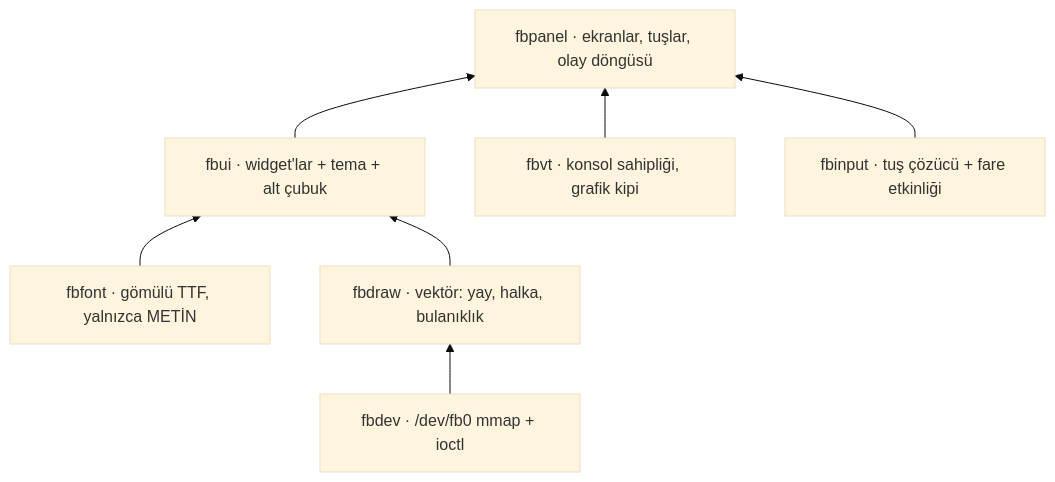
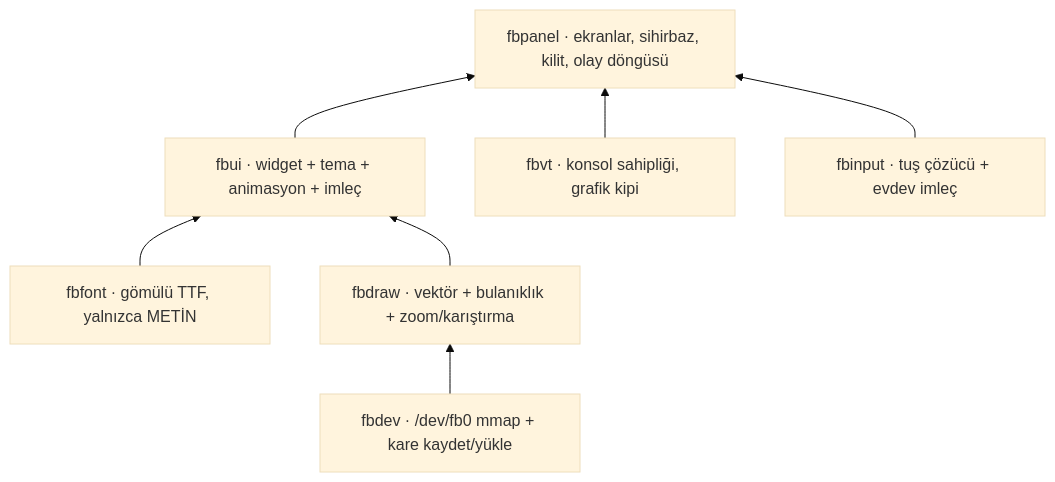
The second of 2 diagrams in README.md (kKekerem/mcos), drawn with Mermaid (base theme) before and after one commit. The commit also changed other lines of this file and 254 other files, not shown here.

````diff
--- a/README.md
+++ b/README.md
@@ -190,10 +603,10 @@
 ```mermaid
 graph BT
-    FBDEV[fbdev · /dev/fb0 mmap + ioctl] --> FBDRAW
+    FBDEV[fbdev · /dev/fb0 mmap + kare kaydet/yükle] --> FBDRAW
     FBFONT[fbfont · gömülü TTF, yalnızca METİN] --> FBUI
-    FBDRAW[fbdraw · vektör: yay, halka, bulanıklık] --> FBUI
-    FBUI[fbui · widget'lar + tema + alt çubuk] --> FBPANEL
+    FBDRAW[fbdraw · vektör + bulanıklık + zoom/karıştırma] --> FBUI
+    FBUI[fbui · widget + tema + animasyon + imleç] --> FBPANEL
     FBVT[fbvt · konsol sahipliği, grafik kipi] --> FBPANEL
-    FBINPUT[fbinput · tuş çözücü + fare etkinliği] --> FBPANEL
-    FBPANEL[fbpanel · ekranlar, tuşlar, olay döngüsü]
+    FBINPUT[fbinput · tuş çözücü + evdev imleç] --> FBPANEL
+    FBPANEL[fbpanel · ekranlar, sihirbaz, kilit, olay döngüsü]
 ```
````
